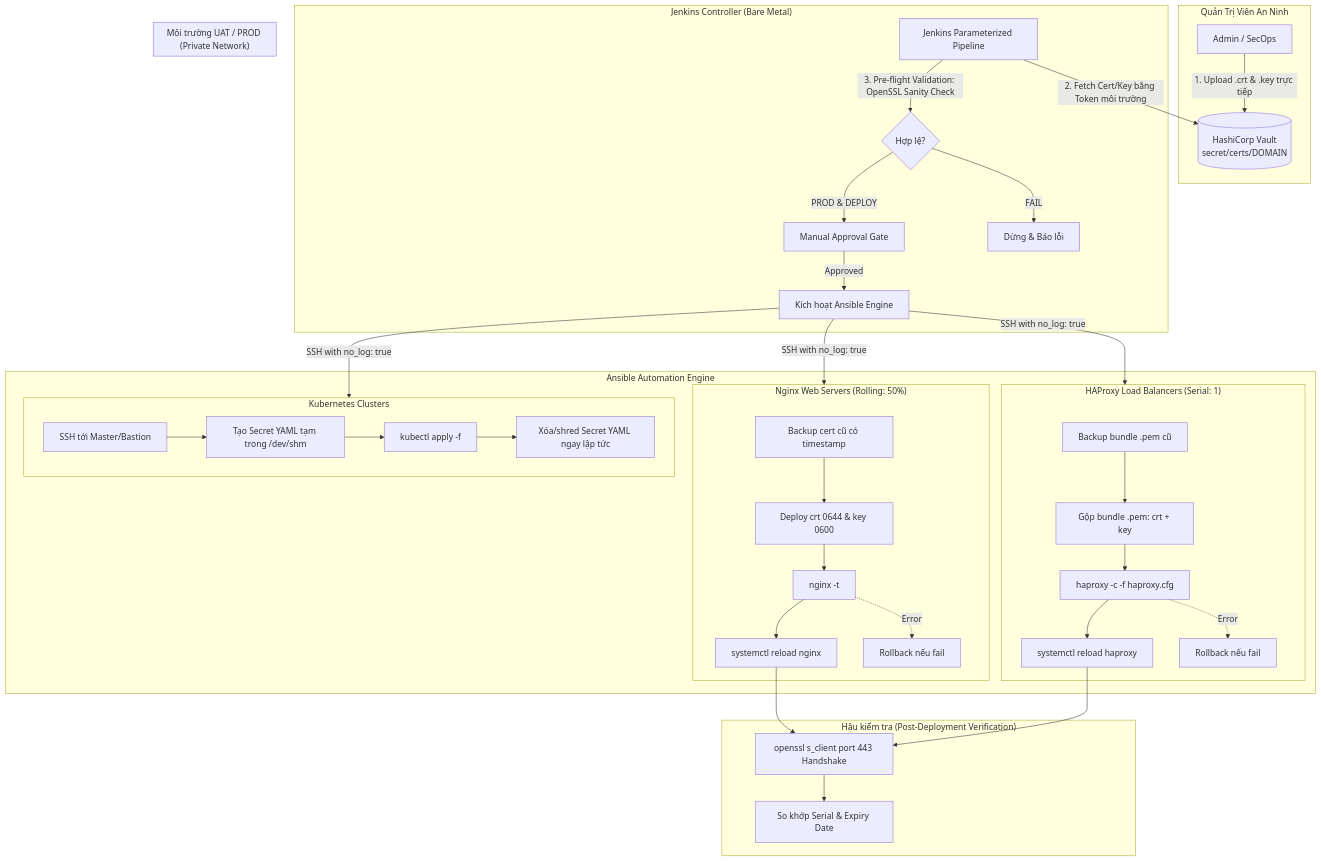
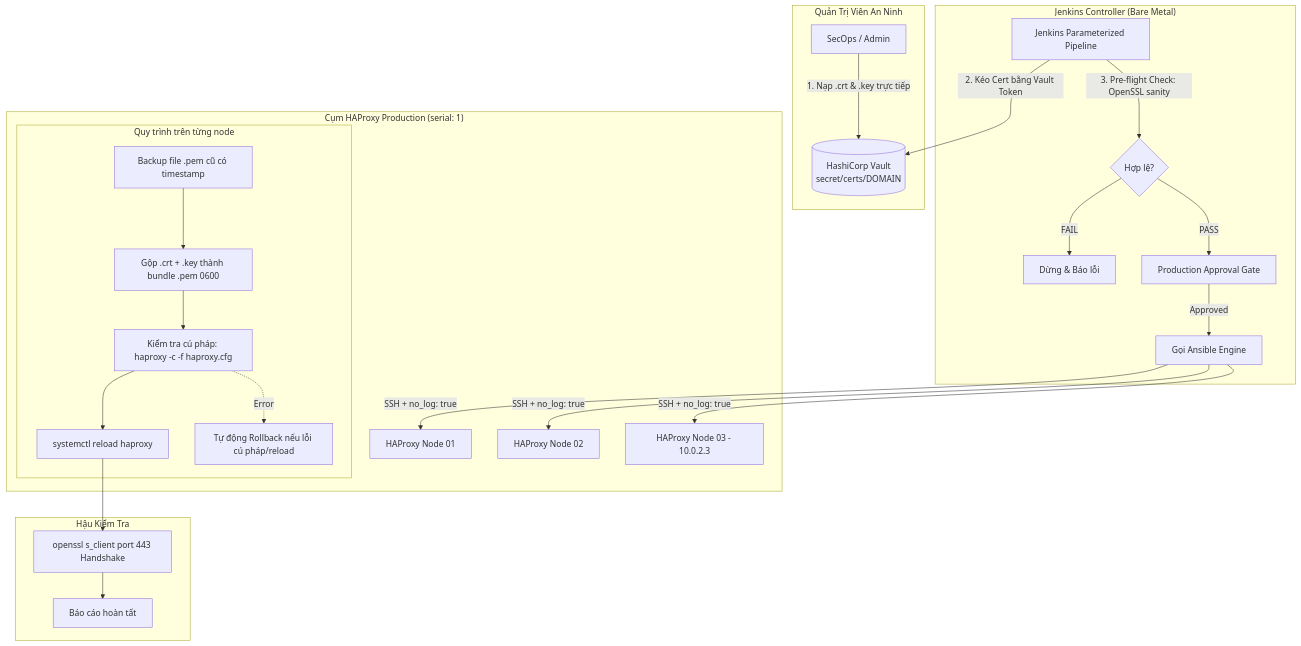
The diagram in README.md (hongthanglab/certs-auto), drawn with Mermaid before and after one commit. The commit also changed other lines of this file and 10 other files, not shown here.

````diff
--- a/README.md
+++ b/README.md
@@ -9,58 +9,36 @@
 ```mermaid
 flowchart TD
     subgraph SecAdmin ["Quản Trị Viên An Ninh"]
-        Admin[Admin / SecOps] -->|1. Upload .crt & .key trực tiếp| Vault[(HashiCorp Vault\nsecret/certs/DOMAIN)]
+        Admin[SecOps / Admin] -->|1. Nạp .crt & .key trực tiếp| Vault[(HashiCorp Vault\nsecret/certs/DOMAIN)]
     end
 
     subgraph CI_CD ["Jenkins Controller (Bare Metal)"]
         J_Job[Jenkins Parameterized Pipeline]
-        J_Job -->|2. Fetch Cert/Key bằng Token môi trường| Vault
-        J_Job -->|3. Pre-flight Validation: OpenSSL Sanity Check| J_Val{Hợp lệ?}
-        J_Val -->|PROD & DEPLOY| J_Appr[Manual Approval Gate]
+        J_Job -->|2. Kéo Cert bằng Vault Token| Vault
+        J_Job -->|3. Pre-flight Check: OpenSSL sanity| J_Val{Hợp lệ?}
         J_Val -->|FAIL| J_Abort[Dừng & Báo lỗi]
-        J_Appr -->|Approved| Ans_Exec[Kích hoạt Ansible Engine]
+        J_Val -->|PASS| J_Gate[Production Approval Gate]
+        J_Gate -->|Approved| Ans_Exec[Gọi Ansible Engine]
     end
 
-    subgraph Ansible_Deploy ["Ansible Automation Engine"]
-        Ans_Exec -->|SSH with no_log: true| Nginx_Group
-        Ans_Exec -->|SSH with no_log: true| HAProxy_Group
-        Ans_Exec -->|SSH with no_log: true| K8s_Group
-    end
+    subgraph HAProxy_Cluster ["Cụm HAProxy Production (serial: 1)"]
+        Ans_Exec -->|SSH + no_log: true| Node1[HAProxy Node 01]
+        Ans_Exec -->|SSH + no_log: true| Node2[HAProxy Node 02]
+        Ans_Exec -->|SSH + no_log: true| Node3[HAProxy Node 03 - 10.0.2.3]
 
-    subgraph Targets ["Môi trường UAT / PROD (Private Network)"]
-        subgraph Nginx_Group ["Nginx Web Servers (Rolling: 50%)"]
-            N1[Backup cert cũ có timestamp]
-            N2[Deploy crt 0644 & key 0600]
-            N3[nginx -t]
-            N4[systemctl reload nginx]
-            N5[Rollback nếu fail]
-            N1 --> N2 --> N3 --> N4
-            N3 -.->|Error| N5
-        end
-
-        subgraph HAProxy_Group ["HAProxy Load Balancers (Serial: 1)"]
-            H1[Backup bundle .pem cũ]
-            H2[Gộp bundle .pem: crt + key]
-            H3[haproxy -c -f haproxy.cfg]
-            H4[systemctl reload haproxy]
-            H5[Rollback nếu fail]
-            H1 --> H2 --> H3 --> H4
-            H3 -.->|Error| H5
-        end
-
-        subgraph K8s_Group ["Kubernetes Clusters"]
-            K1[SSH tới Master/Bastion]
-            K2[Tạo Secret YAML tạm trong /dev/shm]
-            K3[kubectl apply -f]
-            K4[Xóa/shred Secret YAML ngay lập tức]
-            K1 --> K2 --> K3 --> K4
+        subgraph Process_Per_Node ["Quy trình trên từng node"]
+            B1[Backup file .pem cũ có timestamp]
+            B2[Gộp .crt + .key thành bundle .pem 0600]
+            B3[Kiểm tra cú pháp: haproxy -c -f haproxy.cfg]
+            B4[systemctl reload haproxy]
+            B5[Tự động Rollback nếu lỗi cú pháp/reload]
+            B1 --> B2 --> B3 --> B4
+            B3 -.->|Error| B5
         end
     end
 
-    subgraph Post_Verify ["Hậu kiểm tra (Post-Deployment Verification)"]
-        PV[openssl s_client port 443 Handshake] --> Inspect[So khớp Serial & Expiry Date]
+    subgraph Verification ["Hậu Kiểm Tra"]
+        B4 --> Verify[openssl s_client port 443 Handshake]
+        Verify --> Done[Báo cáo hoàn tất]
     end
-
-    N4 --> PV
-    H4 --> PV
 ```
````
